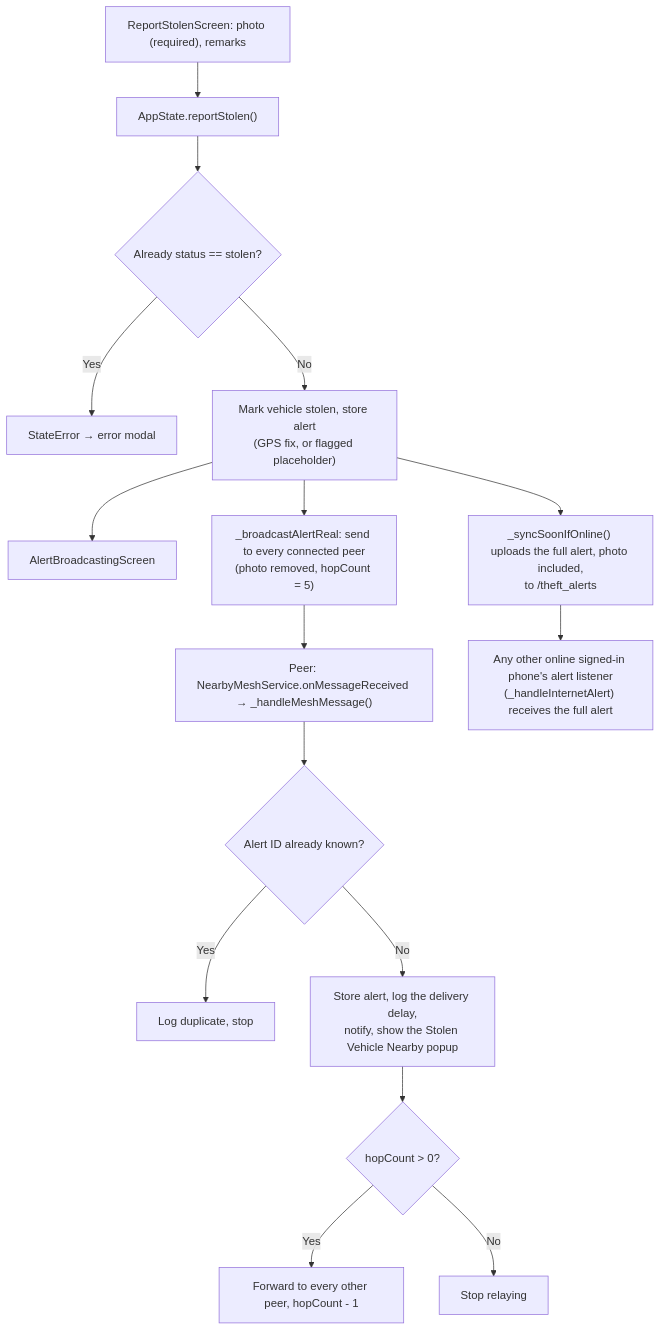
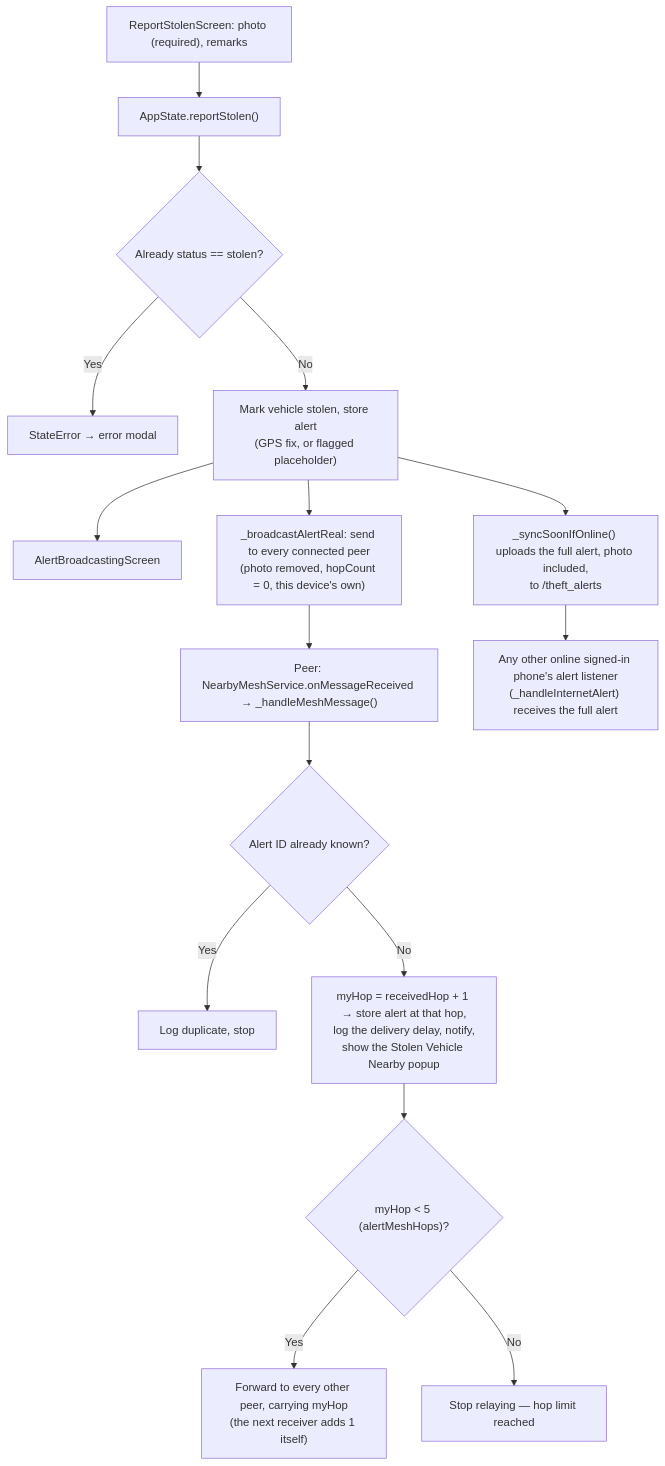
One commit to Cedric2625/CAPSTONE-SYSTEM changed the third of 5 diagrams in REVIEWER.md. Above: the diagram before and after it, drawn with Mermaid. The commit also changed other lines of this file and 2 other files, not shown here.

````diff
--- a/REVIEWER.md
+++ b/REVIEWER.md
@@ -323,18 +328,18 @@
 ```mermaid
 flowchart TD
     A["ReportStolenScreen: photo (required), remarks"] --> B["AppState.reportStolen()"]
     B --> C{"Already status == stolen?"}
     C -- "Yes" --> D["StateError → error modal"]
     C -- "No" --> E["Mark vehicle stolen, store alert<br/>(GPS fix, or flagged placeholder)"]
     E --> F["AlertBroadcastingScreen"]
-    E --> H["_broadcastAlertReal: send to every connected peer<br/>(photo removed, hopCount = 5)"]
+    E --> H["_broadcastAlertReal: send to every connected peer<br/>(photo removed, hopCount = 0, this device's own)"]
     E --> J["_syncSoonIfOnline() uploads the full alert, photo included,<br/>to /theft_alerts"]
     H --> K["Peer: NearbyMeshService.onMessageReceived → _handleMeshMessage()"]
     K --> L{"Alert ID already known?"}
     L -- "Yes" --> M["Log duplicate, stop"]
-    L -- "No" --> N["Store alert, log the delivery delay,<br/>notify, show the Stolen Vehicle Nearby popup"]
-    N --> O{"hopCount > 0?"}
-    O -- "Yes" --> P["Forward to every other peer, hopCount - 1"]
-    O -- "No" --> Q["Stop relaying"]
+    L -- "No" --> N["myHop = receivedHop + 1 → store alert at that hop,<br/>log the delivery delay, notify,<br/>show the Stolen Vehicle Nearby popup"]
+    N --> O{"myHop < 5 (alertMeshHops)?"}
+    O -- "Yes" --> P["Forward to every other peer, carrying myHop<br/>(the next receiver adds 1 itself)"]
+    O -- "No" --> Q["Stop relaying — hop limit reached"]
     J --> R["Any other online signed-in phone's alert listener<br/>(_handleInternetAlert) receives the full alert"]
 ```
````
